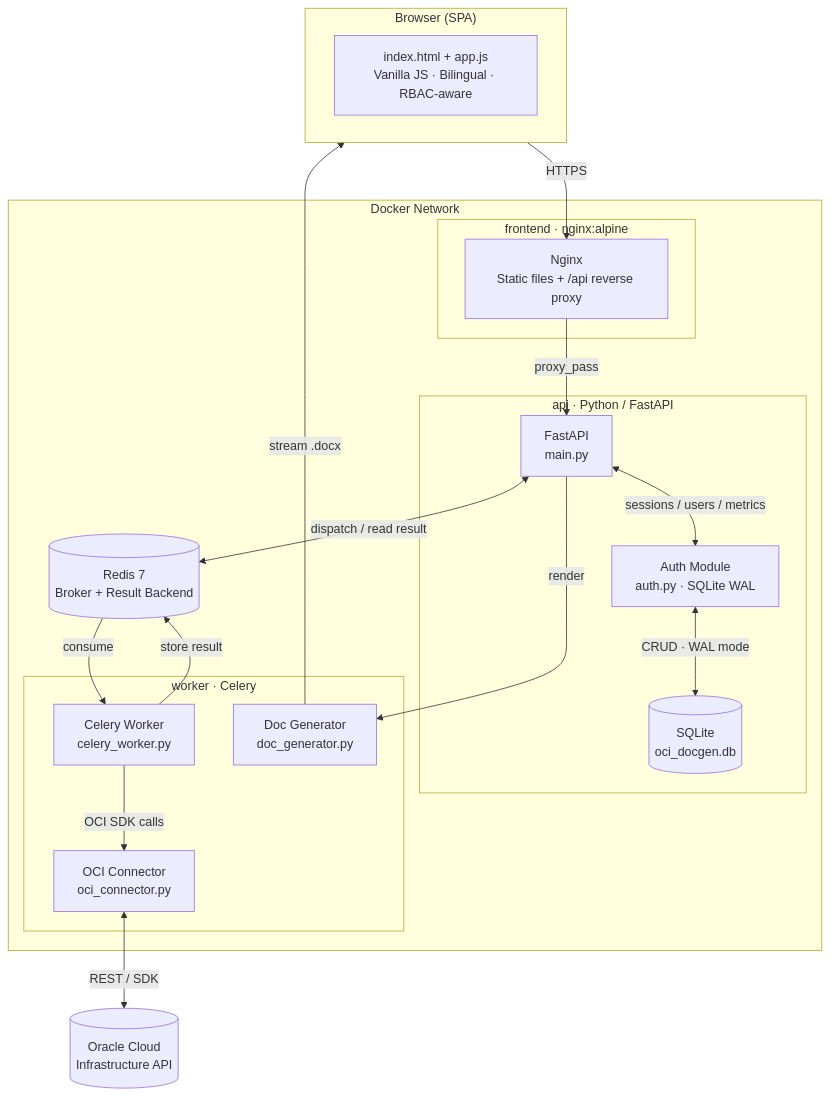
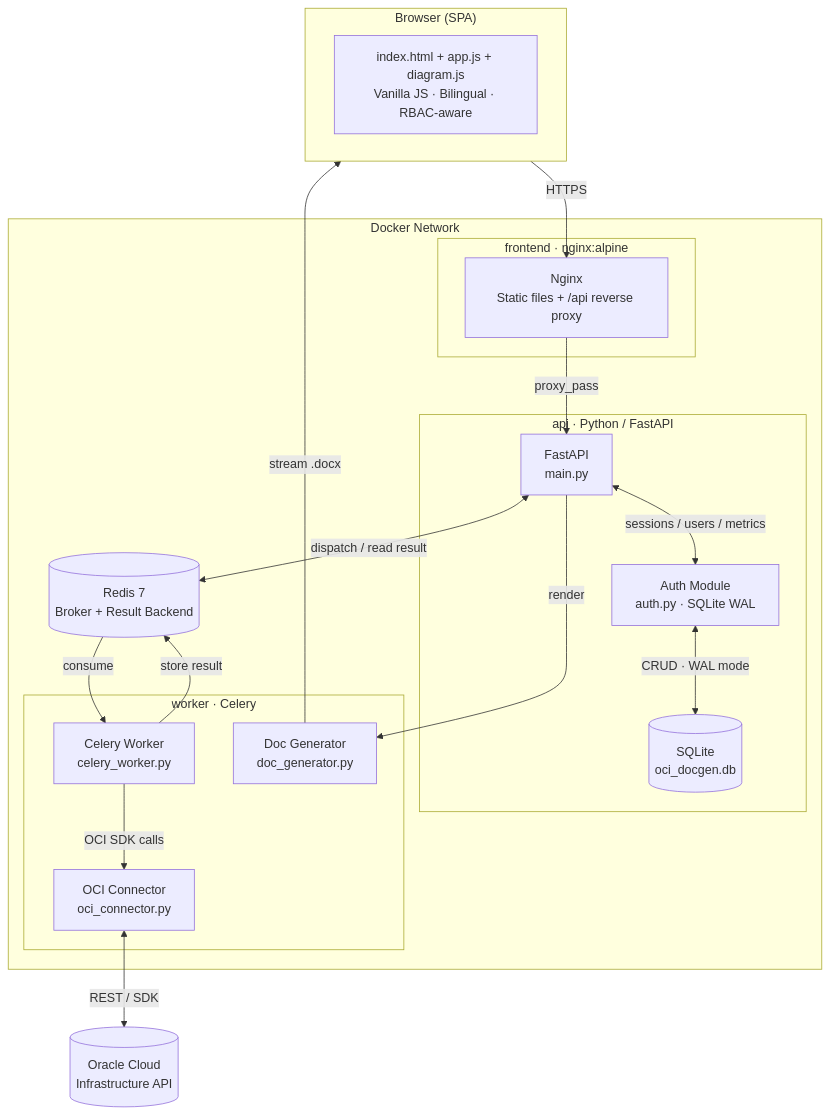
The first of 9 diagrams in README.md (Pedr0Teixeira/oci-docgen), drawn with Mermaid before and after one commit. The commit also changed other lines of this file and 8 other files, not shown here.

````diff
--- a/README.md
+++ b/README.md
@@ -132,40 +133,40 @@
 ```mermaid
 flowchart TD
   subgraph Browser["Browser (SPA)"]
-    UI["index.html + app.js<br/>Vanilla JS · Bilingual · RBAC-aware"]
+    UI["index.html + app.js + diagram.js<br/>Vanilla JS · Bilingual · RBAC-aware"]
   end
 
   subgraph DockerNetwork["Docker Network"]
     subgraph Frontend["frontend · nginx:alpine"]
       Nginx["Nginx<br/>Static files + /api reverse proxy"]
     end
 
     subgraph API["api · Python / FastAPI"]
       FastAPI["FastAPI<br/>main.py"]
       Auth["Auth Module<br/>auth.py · SQLite WAL"]
       SQLite[("SQLite<br/>oci_docgen.db")]
     end
 
     subgraph Worker["worker · Celery"]
       Celery["Celery Worker<br/>celery_worker.py"]
       Connector["OCI Connector<br/>oci_connector.py"]
       DocGen["Doc Generator<br/>doc_generator.py"]
     end
 
     Redis[("Redis 7<br/>Broker + Result Backend")]
   end
 
   OCI_API[("Oracle Cloud<br/>Infrastructure API")]
 
   Browser -->|"HTTPS"| Nginx
   Nginx -->|"proxy_pass"| FastAPI
   FastAPI <-->|"sessions / users / metrics"| Auth
   Auth <-->|"CRUD · WAL mode"| SQLite
   FastAPI <-->|"dispatch / read result"| Redis
   Redis -->|"consume"| Celery
   Celery -->|"OCI SDK calls"| Connector
   Connector <-->|"REST / SDK"| OCI_API
   Celery -->|"store result"| Redis
   FastAPI -->|"render"| DocGen
   DocGen -->|"stream .docx"| Browser
 ```
````
